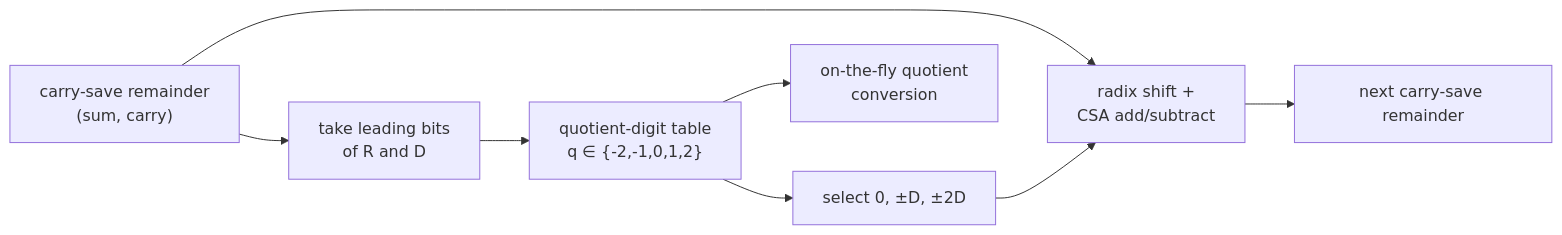
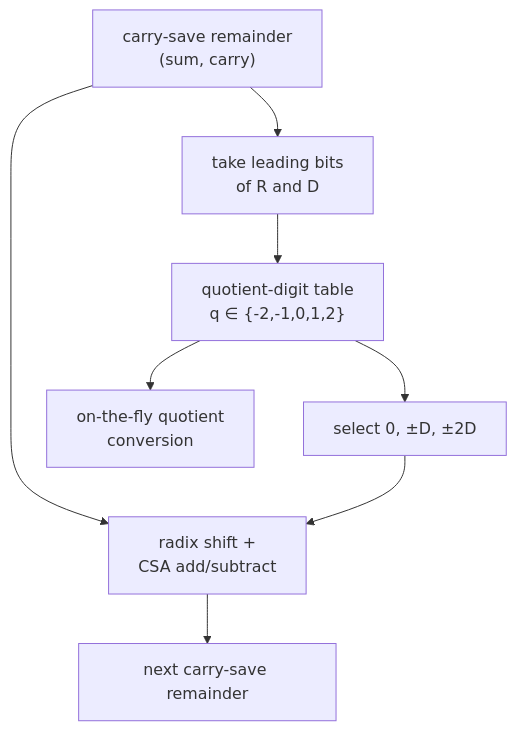
Diagram 16 of 18 in L2_Digital_Design_for_AI/02_FP_Unit_Design.md (Wty2003328/ai_infra_intro), drawn with Mermaid before and after one commit. The commit also changed other lines of this file and 1 other file, not shown here.

Commit message:
Fix hardware figure rendering and readability

````diff
--- a/L2_Digital_Design_for_AI/02_FP_Unit_Design.md
+++ b/L2_Digital_Design_for_AI/02_FP_Unit_Design.md
@@ -1295,10 +1295,10 @@
 ```mermaid
-flowchart LR
+flowchart TB
   RR["carry-save remainder<br/>(sum, carry)"] --> EST["take leading bits<br/>of R and D"]
   EST --> QT["quotient-digit table<br/>q ∈ {-2,-1,0,1,2}"]
   QT --> SEL["select 0, ±D, ±2D"]
   RR --> CSA["radix shift +<br/>CSA add/subtract"]
   SEL --> CSA
   CSA --> RR2["next carry-save remainder"]
   QT --> OTF["on-the-fly quotient<br/>conversion"]
 ```
````
